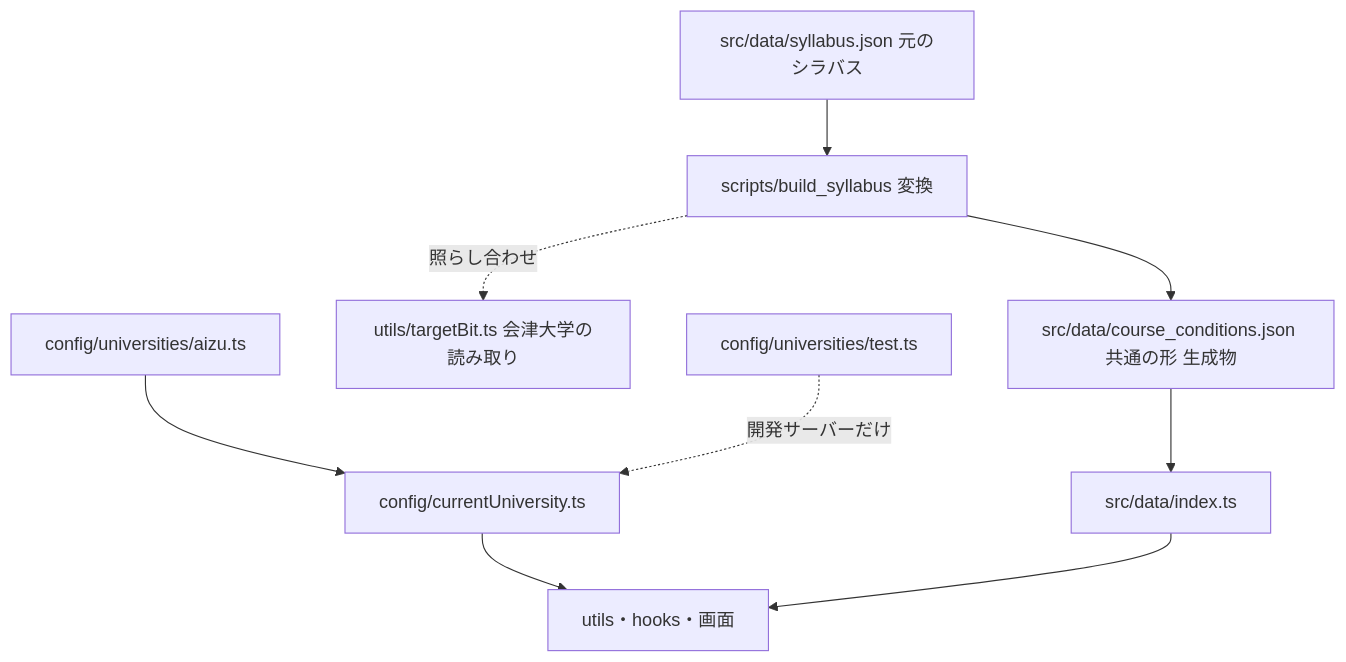
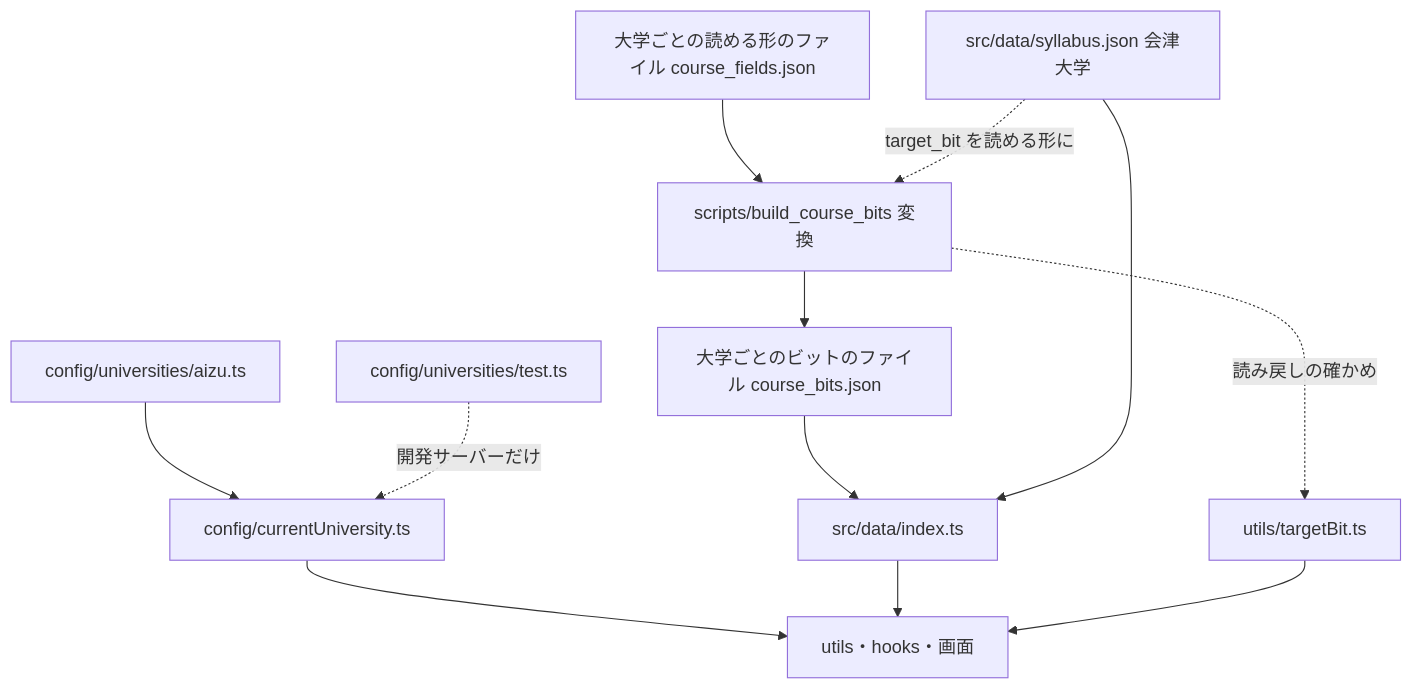
Before and after one commit to Hizageri/time-schedule-app: the diagram in .kiro/specs/university-config/design.md, drawn with Mermaid. The commit also changed other lines of this file and 3 other files, not shown here.

````diff
--- a/.kiro/specs/university-config/design.md
+++ b/.kiro/specs/university-config/design.md
@@ -57,11 +59,14 @@
 ```mermaid
 graph TD
-  Raw[src/data/syllabus.json 元のシラバス] --> Script[scripts/build_syllabus 変換]
-  Script --> Conditions[src/data/course_conditions.json 共通の形 生成物]
-  Script -.照らし合わせ.-> Bits[utils/targetBit.ts 会津大学の読み取り]
-  Conditions --> Data[src/data/index.ts]
+  Fields[大学ごとの読める形のファイル course_fields.json] --> Script[scripts/build_course_bits 変換]
+  Script --> Bits[大学ごとのビットのファイル course_bits.json]
+  Script -.読み戻しの確かめ.-> TB[utils/targetBit.ts]
+  AizuSyl[src/data/syllabus.json 会津大学] -.target_bit を読める形に.-> Script
+  Bits --> Data[src/data/index.ts]
+  AizuSyl --> Data
   Aizu[config/universities/aizu.ts] --> Current[config/currentUniversity.ts]
   TestU[config/universities/test.ts] -.開発サーバーだけ.-> Current
   Current --> Calc[utils・hooks・画面]
   Data --> Calc
+  TB --> Calc
 ```
````
